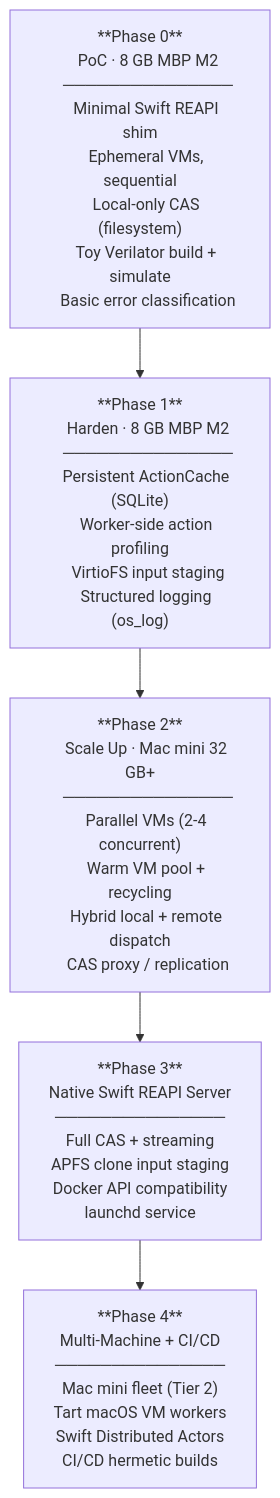
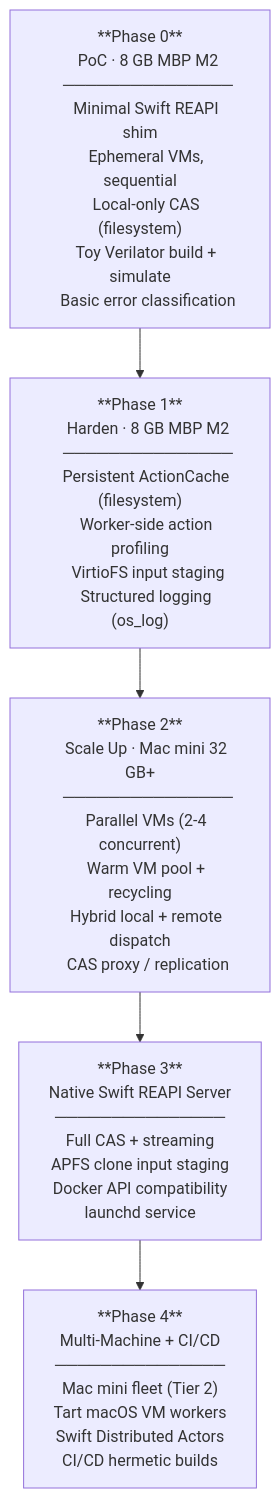
One commit to yangm2/buck2-macos-local-reapi changed the eighth of 8 diagrams in DEVELOPMENT.md. Above: the diagram before and after it, drawn with Mermaid. The commit also changed other lines of this file, not shown here.

````diff
--- a/DEVELOPMENT.md
+++ b/DEVELOPMENT.md
@@ -1084,45 +1078,45 @@
 ```mermaid
 flowchart TD
     P0["**Phase 0**
     PoC · 8 GB MBP M2
     ───────────────
     Minimal Swift REAPI shim
     Ephemeral VMs, sequential
     Local-only CAS (filesystem)
     Toy Verilator build + simulate
     Basic error classification"]
 
     P1["**Phase 1**
     Harden · 8 GB MBP M2
     ───────────────
-    Persistent ActionCache (SQLite)
+    Persistent ActionCache (filesystem)
     Worker-side action profiling
     VirtioFS input staging
     Structured logging (os_log)"]
 
     P2["**Phase 2**
     Scale Up · Mac mini 32 GB+
     ───────────────
     Parallel VMs (2-4 concurrent)
     Warm VM pool + recycling
     Hybrid local + remote dispatch
     CAS proxy / replication"]
 
     P3["**Phase 3**
     Native Swift REAPI Server
     ───────────────
     Full CAS + streaming
     APFS clone input staging
     Docker API compatibility
     launchd service"]
 
     P4["**Phase 4**
     Multi-Machine + CI/CD
     ───────────────
     Mac mini fleet (Tier 2)
     Tart macOS VM workers
     Swift Distributed Actors
     CI/CD hermetic builds"]
 
     P0 --> P1 --> P2 --> P3 --> P4
 ```
````
